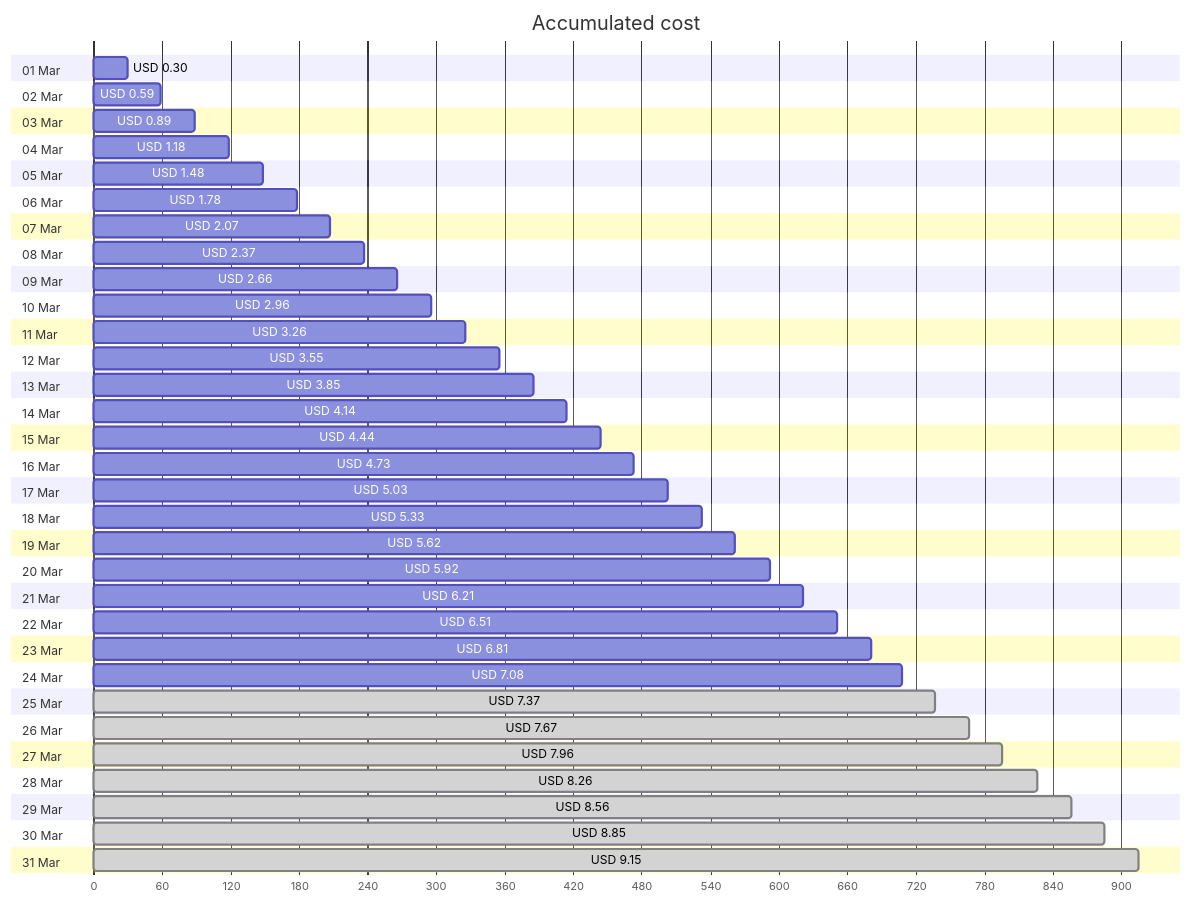
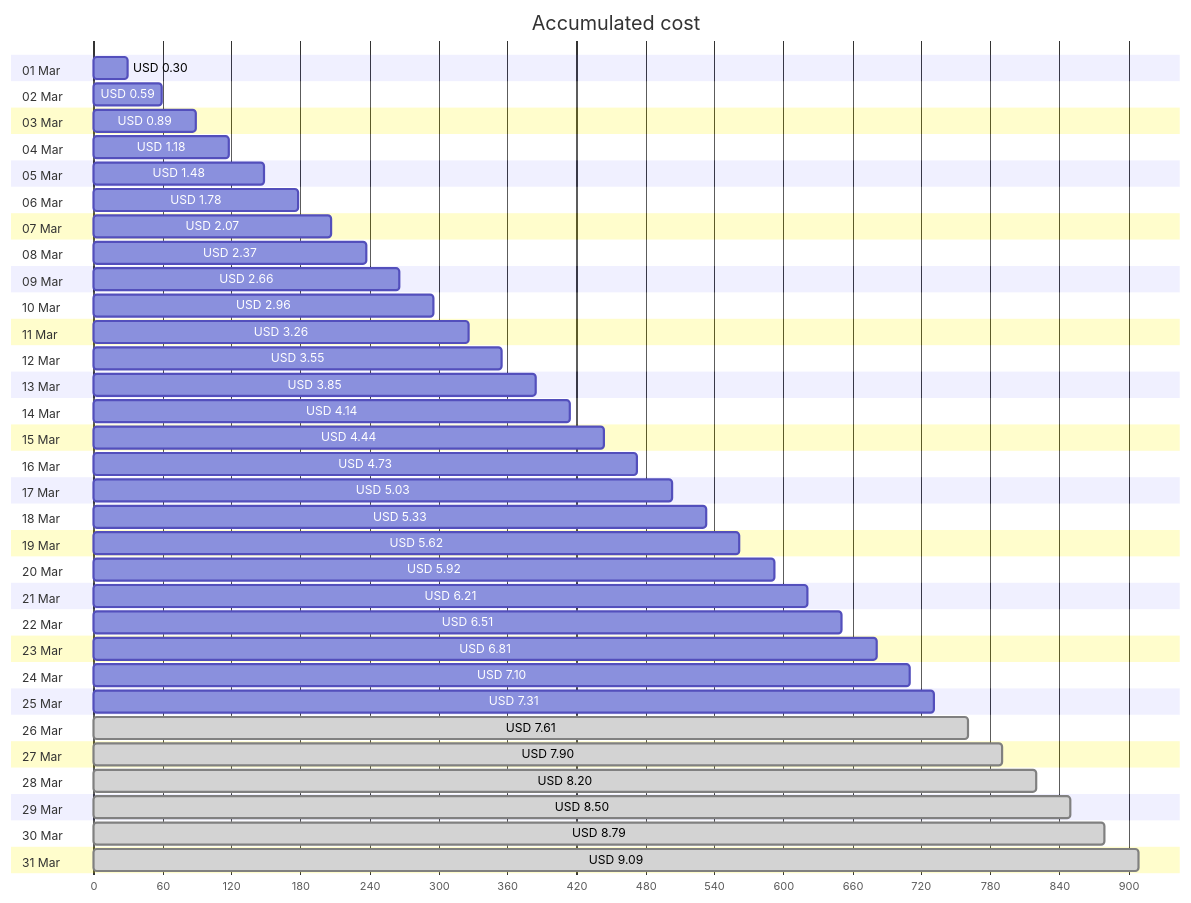
The first of 4 diagrams in cost-reports/personal-site/personal-site.md (jpfulton/azure-personal-reports), drawn with Mermaid before and after one commit. The commit also changed other lines of this file and 6 other files, not shown here.

````diff
--- a/cost-reports/personal-site/personal-site.md
+++ b/cost-reports/personal-site/personal-site.md
@@ -20,68 +20,68 @@
 ```mermaid
 gantt
    title Accumulated cost
    dateFormat  X
    axisFormat %s
    section 01 Mar
    USD 0.30 :0, 30
    section 02 Mar
    USD 0.59 :0, 59
    section 03 Mar
    USD 0.89 :0, 89
    section 04 Mar
    USD 1.18 :0, 118
    section 05 Mar
    USD 1.48 :0, 148
    section 06 Mar
    USD 1.78 :0, 178
    section 07 Mar
    USD 2.07 :0, 207
    section 08 Mar
    USD 2.37 :0, 237
    section 09 Mar
    USD 2.66 :0, 266
    section 10 Mar
    USD 2.96 :0, 296
    section 11 Mar
    USD 3.26 :0, 326
    section 12 Mar
    USD 3.55 :0, 355
    section 13 Mar
    USD 3.85 :0, 385
    section 14 Mar
    USD 4.14 :0, 414
    section 15 Mar
    USD 4.44 :0, 444
    section 16 Mar
    USD 4.73 :0, 473
    section 17 Mar
    USD 5.03 :0, 503
    section 18 Mar
    USD 5.33 :0, 533
    section 19 Mar
    USD 5.62 :0, 562
    section 20 Mar
    USD 5.92 :0, 592
    section 21 Mar
    USD 6.21 :0, 621
    section 22 Mar
    USD 6.51 :0, 651
    section 23 Mar
    USD 6.81 :0, 681
    section 24 Mar
-   USD 7.08 :0, 708
+   USD 7.10 :0, 710
    section 25 Mar
-   USD 7.37 : done, 0, 737
+   USD 7.31 :0, 731
    section 26 Mar
-   USD 7.67 : done, 0, 767
+   USD 7.61 : done, 0, 761
    section 27 Mar
-   USD 7.96 : done, 0, 796
+   USD 7.90 : done, 0, 790
    section 28 Mar
-   USD 8.26 : done, 0, 826
+   USD 8.20 : done, 0, 820
    section 29 Mar
-   USD 8.56 : done, 0, 856
+   USD 8.50 : done, 0, 850
    section 30 Mar
-   USD 8.85 : done, 0, 885
+   USD 8.79 : done, 0, 879
    section 31 Mar
-   USD 9.15 : done, 0, 915
+   USD 9.09 : done, 0, 909
 ```
````
